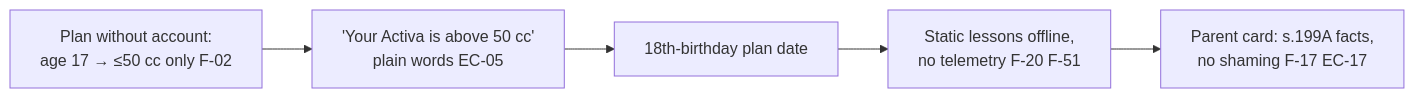
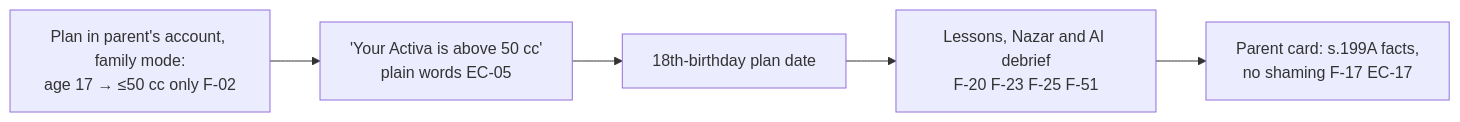
Before and after one commit to sruj08/margadarshak: diagram 29 of 30 in docs/01-product/USER_JOURNEYS.md, drawn with Mermaid. The commit also changed other lines of this file and 1326 other files, not shown here.

````diff
--- a/docs/01-product/USER_JOURNEYS.md
+++ b/docs/01-product/USER_JOURNEYS.md
@@ -541,7 +541,7 @@
 ```mermaid
 flowchart LR
-  a[Plan without account:<br/>age 17 → ≤50 cc only F-02] --> b['Your Activa is above 50 cc'<br/>plain words EC-05]
+  a[Plan in parent's account, family mode:<br/>age 17 → ≤50 cc only F-02] --> b['Your Activa is above 50 cc'<br/>plain words EC-05]
   b --> c[18th-birthday plan date]
-  c --> d[Static lessons offline,<br/>no telemetry F-20 F-51]
+  c --> d[Lessons, Nazar and AI debrief<br/>F-20 F-23 F-25 F-51]
   d --> e[Parent card: s.199A facts,<br/>no shaming F-17 EC-17]
 ```
````
